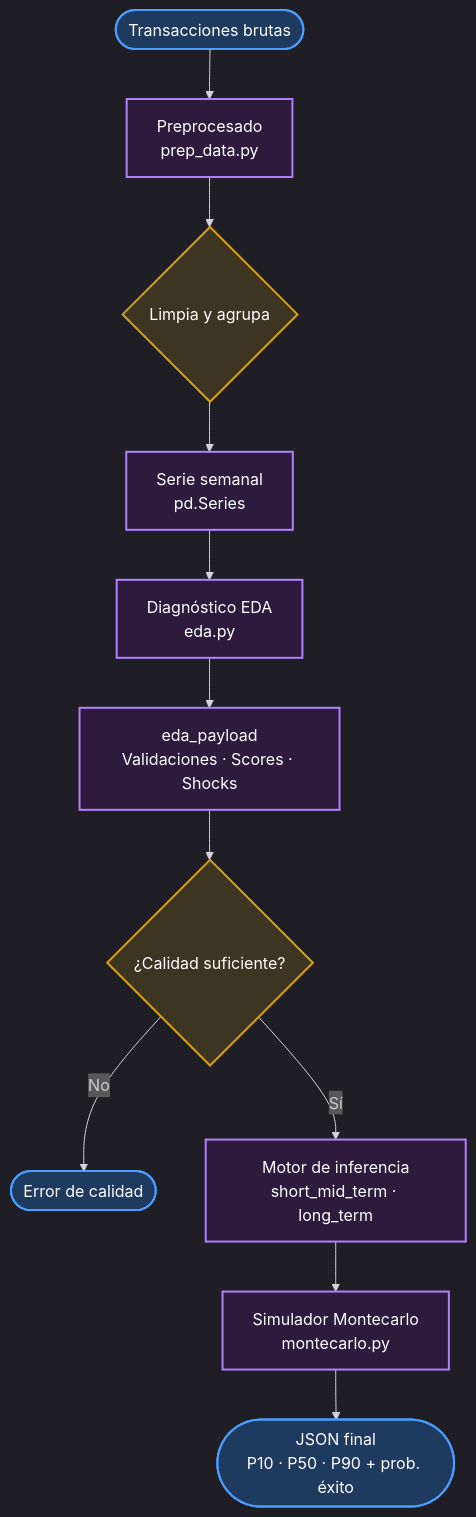
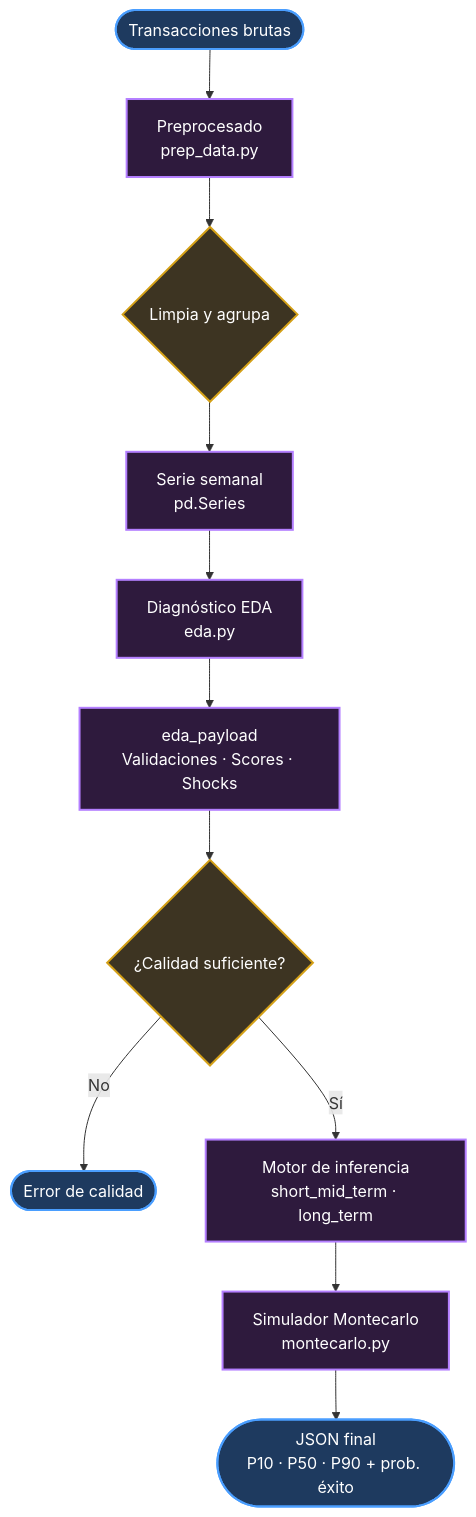
Before and after one commit to ygs1629/ia-project-2: the third of 3 diagrams in README.md, drawn with Mermaid. The commit also changed other lines of this file, not shown here.

Commit message:
Clean up mermaid diagram initialization in README
Removed unnecessary mermaid initialization comments from diagrams.

````diff
--- a/README.md
+++ b/README.md
@@ -217,22 +216,21 @@
 ```mermaid
-%%{init: {'theme': 'dark'}}%%
 graph TD
     classDef node fill:#2e1a3d,stroke:#b47fff,stroke-width:2px,color:#fff;
     classDef decision fill:#3d3422,stroke:#d4a017,stroke-width:2px,color:#fff;
     classDef io fill:#1e3a5f,stroke:#4a9eff,stroke-width:2px,color:#fff;
 
     A(["Transacciones brutas"]) --> B["Preprocesado\nprep_data.py"]
     B --> C{"Limpia y agrupa"}
     C --> D["Serie semanal\npd.Series"]
     D --> E["Diagnóstico EDA\neda.py"]
     E --> F["eda_payload\nValidaciones · Scores · Shocks"]
     F --> G{"¿Calidad suficiente?"}
     G -- No --> H(["Error de calidad"])
     G -- Sí --> I["Motor de inferencia\nshort_mid_term · long_term"]
     I --> J["Simulador Montecarlo\nmontecarlo.py"]
     J --> K(["JSON final\nP10 · P50 · P90 + prob. éxito"])
 
     class B,E,I,J node;
     class C,G decision;
     class A,H,K io;
 ```
````
